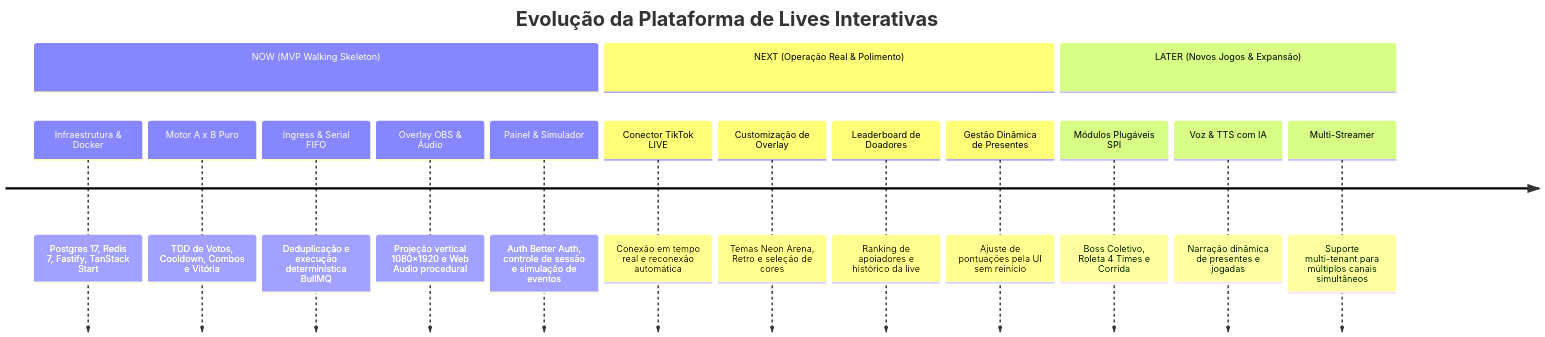
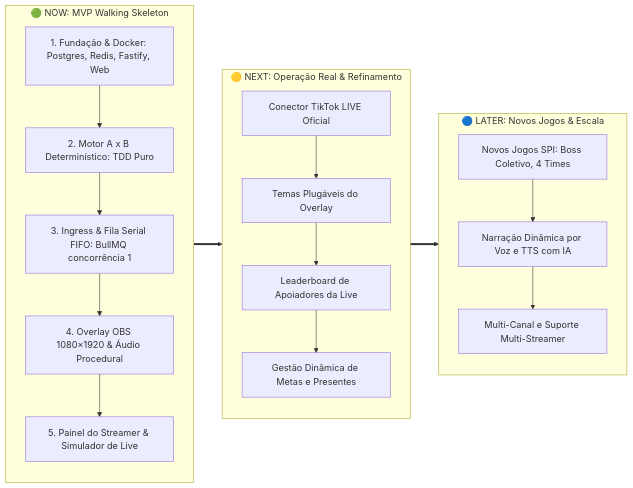
One commit to luis-henrique-carvalho/tiktok-gamer-lives changed the first of 2 diagrams in docs/roadmap.md. Above: the diagram before and after it, drawn with Mermaid.

Commit message:
fix(docs): replace unsupported timeline mermaid with flowchart LR in roadmap

````diff
--- a/docs/roadmap.md
+++ b/docs/roadmap.md
@@ -22,19 +22,31 @@
 ```mermaid
-timeline
-    title Evolução da Plataforma de Lives Interativas
-    section NOW (MVP Walking Skeleton)
-        Infraestrutura & Docker : Postgres 17, Redis 7, Fastify, TanStack Start
-        Motor A x B Puro : TDD de Votos, Cooldown, Combos e Vitória
-        Ingress & Serial FIFO : Deduplicação e execução determinística BullMQ
-        Overlay OBS & Áudio : Projeção vertical 1080×1920 e Web Audio procedural
-        Painel & Simulador : Auth Better Auth, controle de sessão e simulação de eventos
-    section NEXT (Operação Real & Polimento)
-        Conector TikTok LIVE : Conexão em tempo real e reconexão automática
-        Customização de Overlay : Temas Neon Arena, Retro e seleção de cores
-        Leaderboard de Doadores : Ranking de apoiadores e histórico da live
-        Gestão Dinâmica de Presentes : Ajuste de pontuações pela UI sem reinício
-    section LATER (Novos Jogos & Expansão)
-        Módulos Plugáveis SPI : Boss Coletivo, Roleta 4 Times e Corrida
-        Voz & TTS com IA : Narração dinâmica de presentes e jogadas
-        Multi-Streamer : Suporte multi-tenant para múltiplos canais simultâneos
+flowchart LR
+    subgraph NOW["🟢 NOW: MVP Walking Skeleton"]
+        direction TB
+        N1["1. Fundação & Docker: Postgres, Redis, Fastify, Web"]
+        N2["2. Motor A x B Determinístico: TDD Puro"]
+        N3["3. Ingress & Fila Serial FIFO: BullMQ concorrência 1"]
+        N4["4. Overlay OBS 1080×1920 & Áudio Procedural"]
+        N5["5. Painel do Streamer & Simulador de Live"]
+        N1 --> N2 --> N3 --> N4 --> N5
+    end
+
+    subgraph NEXT["🟡 NEXT: Operação Real & Refinamento"]
+        direction TB
+        X1["Conector TikTok LIVE Oficial"]
+        X2["Temas Plugáveis do Overlay"]
+        X3["Leaderboard de Apoiadores da Live"]
+        X4["Gestão Dinâmica de Metas e Presentes"]
+        X1 --> X2 --> X3 --> X4
+    end
+
+    subgraph LATER["🔵 LATER: Novos Jogos & Escala"]
+        direction TB
+        L1["Novos Jogos SPI: Boss Coletivo, 4 Times"]
+        L2["Narração Dinâmica por Voz e TTS com IA"]
+        L3["Multi-Canal e Suporte Multi-Streamer"]
+        L1 --> L2 --> L3
+    end
+
+    NOW ==> NEXT ==> LATER
 ```
````
